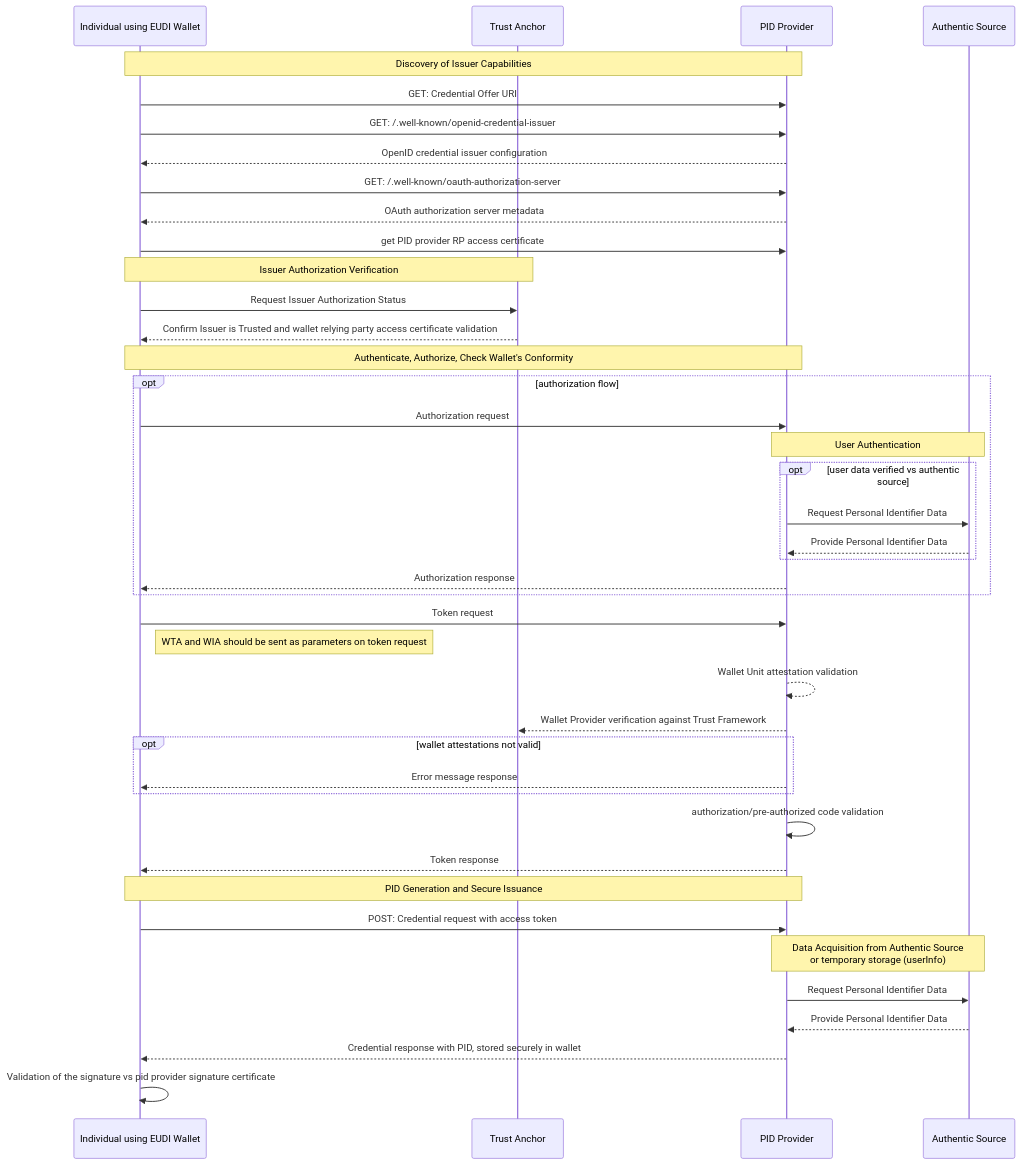
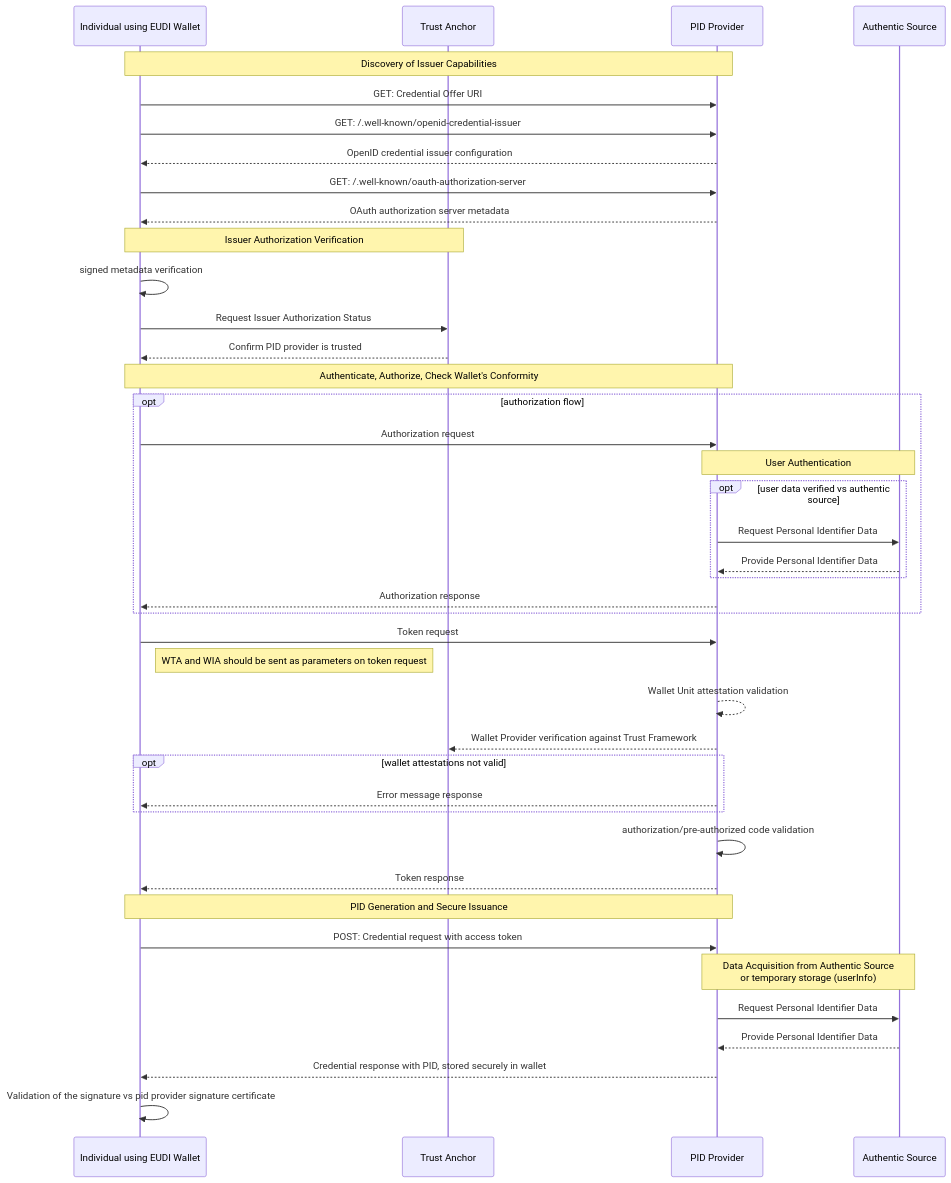
The diagram in ewc-rfc003-issue-person-identification-data.md (EWC-consortium/eudi-wallet-rfcs), drawn with Mermaid before and after one commit. The commit also changed other lines of this file, not shown here.

````diff
--- a/ewc-rfc003-issue-person-identification-data.md
+++ b/ewc-rfc003-issue-person-identification-data.md
@@ -84,51 +77,51 @@
 ```mermaid
   sequenceDiagram
     participant I as Individual using EUDI Wallet
     participant TA as Trust Anchor
     participant O as PID Provider
     participant AS as Authentic Source
         
     Note over I,O: Discovery of Issuer Capabilities 
     I->>O: GET: Credential Offer URI
     I->> O: GET: /.well-known/openid-credential-issuer
     O-->> I: OpenID credential issuer configuration
     I->> O: GET: /.well-known/oauth-authorization-server
     O-->>I: OAuth authorization server metadata
-    I->> O: get PID provider RP access certificate
-            
+                
     Note over I,TA: Issuer Authorization Verification
+    I->> I: signed metadata verification
     I->>TA: Request Issuer Authorization Status
-    TA-->>I: Confirm Issuer is Trusted and wallet relying party access certificate validation 
+    TA-->>I: Confirm PID provider is trusted 
     
     Note over I,O: Authenticate, Authorize, Check Wallet's Conformity
     opt authorization flow
     I->>O: Authorization request
     
     Note over O,AS: User Authentication
         opt user data verified vs authentic source
           O->>AS: Request Personal Identifier Data
           AS-->>O: Provide Personal Identifier Data
       end
       O-->>I: Authorization response 
     end
     
     I->> O: Token request
     Note right of I: WTA and WIA should be sent as parameters on token request
     O-->>O: Wallet Unit attestation validation
     O-->>TA: Wallet Provider verification against Trust Framework
       opt wallet attestations not valid
           O-->>I: Error message response
       end
     O->>O: authorization/pre-authorized code validation
     O-->>I: Token response
         
     Note over I,O: PID Generation and Secure Issuance
     I->>O: POST: Credential request with access token
     Note over O,AS: Data Acquisition from Authentic Source <BR> or temporary storage (userInfo)
     O->>AS: Request Personal Identifier Data
     AS-->>O: Provide Personal Identifier Data
     
     O-->>I: Credential response with PID, stored securely in wallet
     I->> I: Validation of the signature vs pid provider signature certificate
 
 ```
````
